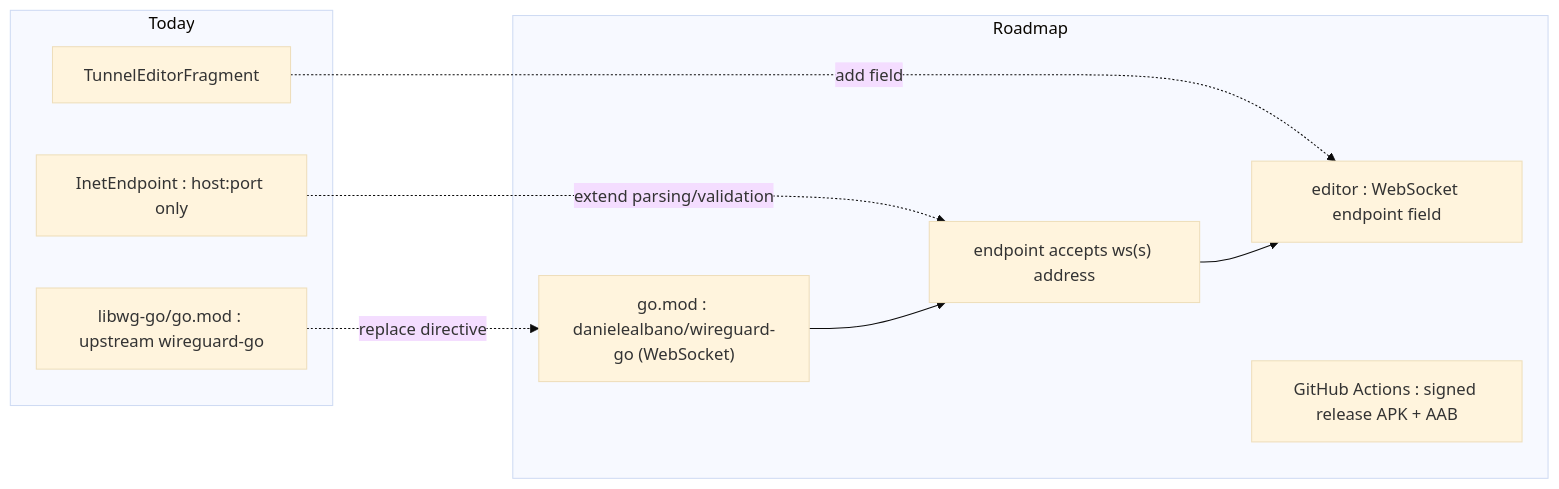
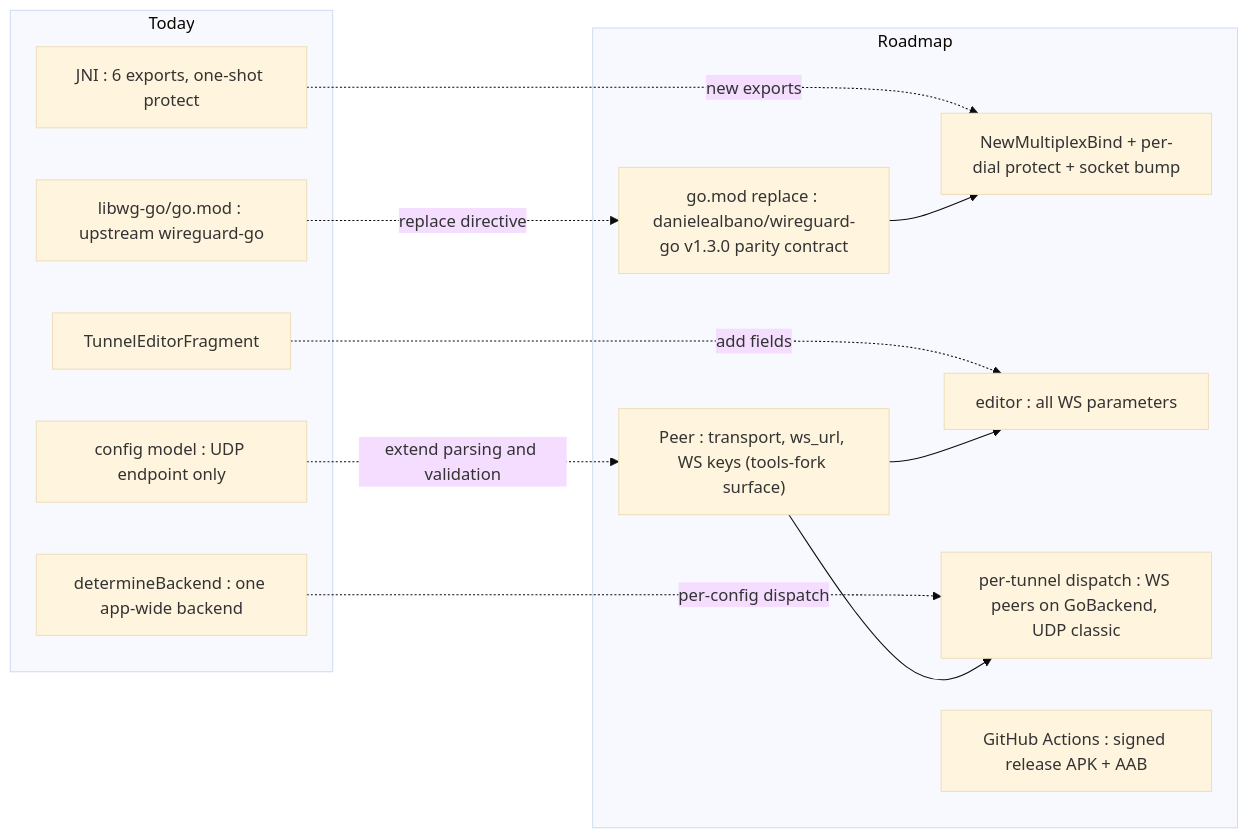
The eighth of 8 diagrams in docs/ARCHITECTURE.md (danielealbano/wireguard-android), drawn with Mermaid (base theme) before and after one commit. The commit also changed other lines of this file and 1 other file, not shown here.

First line of the commit message:
docs(docs): record WS transport design in PROJECT and ARCHITECTURE

````diff
--- a/docs/ARCHITECTURE.md
+++ b/docs/ARCHITECTURE.md
@@ -283,20 +285,27 @@
 ```mermaid
 flowchart LR
     subgraph Now["Today"]
         GOMOD["libwg-go/go.mod : upstream wireguard-go"]
-        EP["InetEndpoint : host:port only"]
+        JNI6["JNI : 6 exports, one-shot protect"]
+        MODEL["config model : UDP endpoint only"]
         EDIT["TunnelEditorFragment"]
+        SEL["determineBackend : one app-wide backend"]
     end
     subgraph Goal["Roadmap"]
-        FORK["go.mod : danielealbano/wireguard-go (WebSocket)"]
-        WSEP["endpoint accepts ws(s) address"]
-        WSUI["editor : WebSocket endpoint field"]
+        FORK["go.mod replace : danielealbano/wireguard-go v1.3.0 parity contract"]
+        MPLEX["NewMultiplexBind + per-dial protect + socket bump"]
+        WSMODEL["Peer : transport, ws_url, WS keys (tools-fork surface)"]
+        WSUI["editor : all WS parameters"]
+        DISP["per-tunnel dispatch : WS peers on GoBackend, UDP classic"]
         CI["GitHub Actions : signed release APK + AAB"]
     end
 
     GOMOD -. replace directive .-> FORK
-    EP -. extend parsing/validation .-> WSEP
-    EDIT -. add field .-> WSUI
-    FORK --> WSEP
-    WSEP --> WSUI
+    JNI6 -. new exports .-> MPLEX
+    MODEL -. extend parsing and validation .-> WSMODEL
+    EDIT -. add fields .-> WSUI
+    SEL -. per-config dispatch .-> DISP
+    FORK --> MPLEX
+    WSMODEL --> WSUI
+    WSMODEL --> DISP
 ```
````
